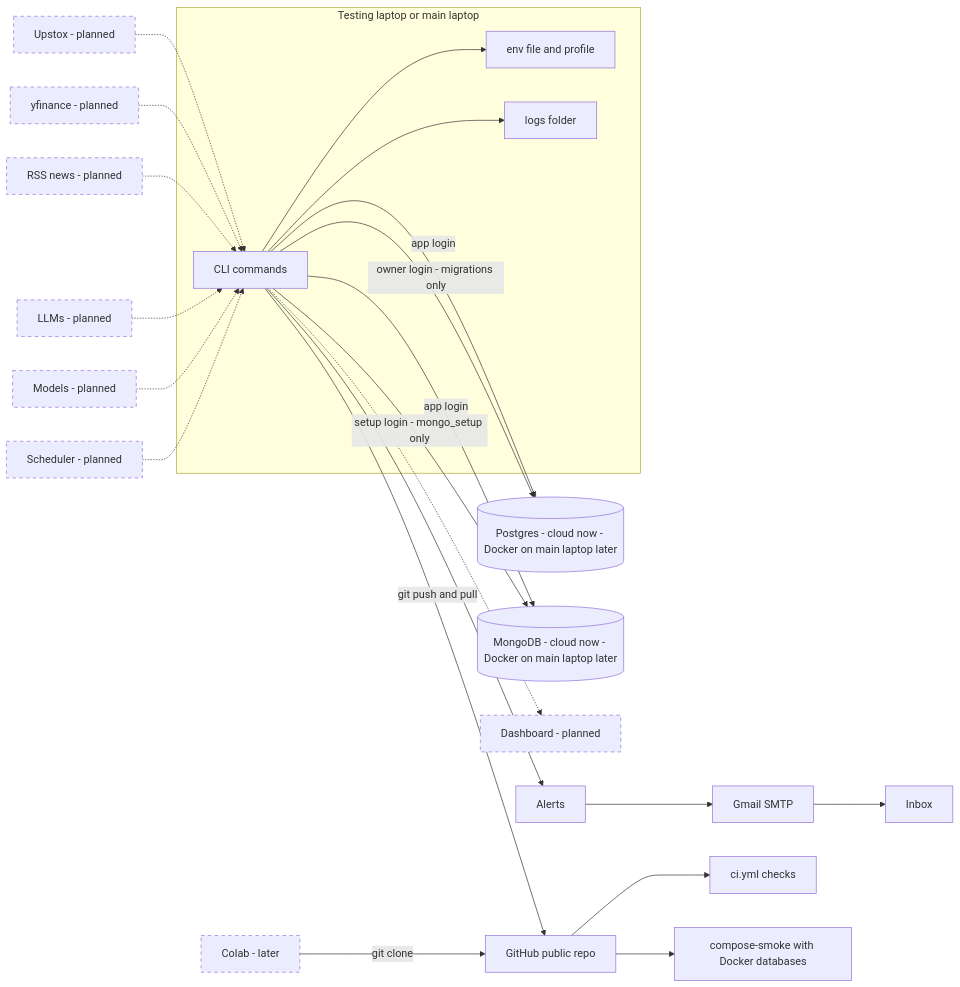
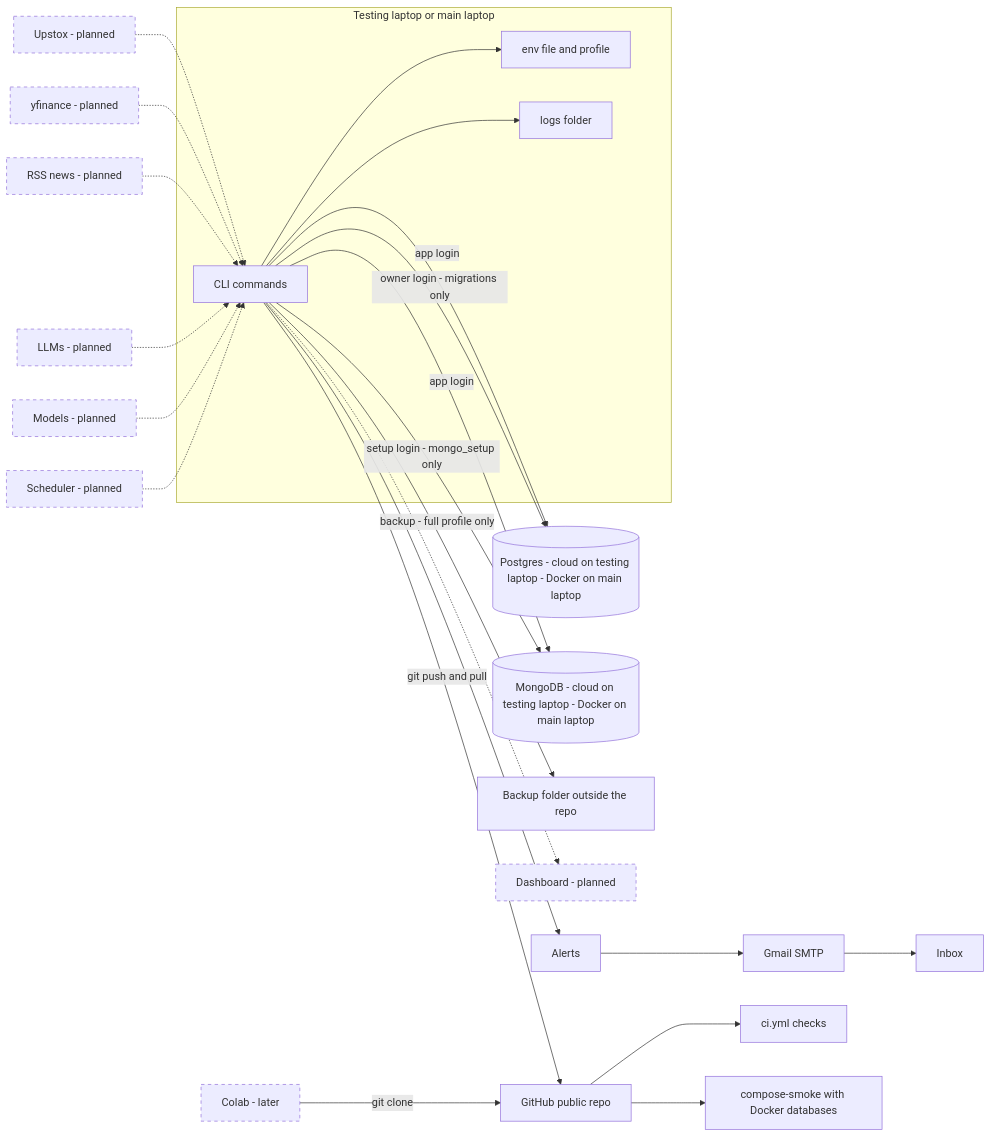
Before and after one commit to MichkelAngloJ/market-intel: the first of 2 diagrams in docs/architecture.md, drawn with Mermaid. The commit also changed other lines of this file and 2 other files, not shown here.

First line of the commit message:
docs: local Docker databases, backups and the commit-email guard

````diff
--- a/docs/architecture.md
+++ b/docs/architecture.md
@@ -16,32 +17,33 @@
 ```mermaid
 flowchart LR
     subgraph Laptop[Testing laptop or main laptop]
         CLI[CLI commands]
         CFG[env file and profile]
         LOGS[logs folder]
     end
     CLI --> CFG
     CLI --> LOGS
     CLI --> ALERTS[Alerts]
     ALERTS --> SMTP[Gmail SMTP]
     SMTP --> INBOX[Inbox]
-    CLI -->|app login| PG[(Postgres - cloud now - Docker on main laptop later)]
+    CLI -->|app login| PG[(Postgres - cloud on testing laptop - Docker on main laptop)]
     CLI -->|owner login - migrations only| PG
-    CLI -->|app login| MDB[(MongoDB - cloud now - Docker on main laptop later)]
+    CLI -->|app login| MDB[(MongoDB - cloud on testing laptop - Docker on main laptop)]
     CLI -->|setup login - mongo_setup only| MDB
+    CLI -->|backup - full profile only| BAK[Backup folder outside the repo]
     CLI -->|git push and pull| GH[GitHub public repo]
     GH --> CI[ci.yml checks]
     GH --> SMOKE[compose-smoke with Docker databases]
     COLAB[Colab - later] -->|git clone| GH
 
     UPSTOX[Upstox - planned] -.-> CLI
     YF[yfinance - planned] -.-> CLI
     RSS[RSS news - planned] -.-> CLI
     LLM[LLMs - planned] -.-> CLI
     MODELS[Models - planned] -.-> CLI
     SCHED[Scheduler - planned] -.-> CLI
     CLI -.-> DASH[Dashboard - planned]
 
     classDef planned stroke-dasharray: 5 5
     class UPSTOX,YF,RSS,LLM,MODELS,SCHED,DASH,COLAB planned
 ```
````
